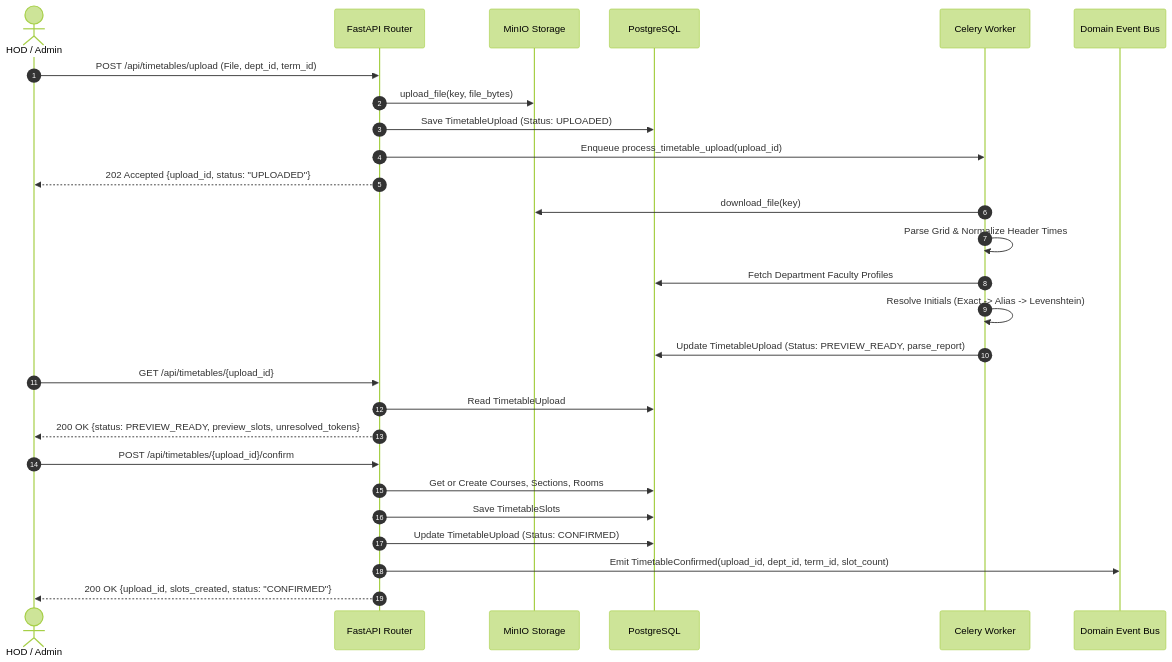
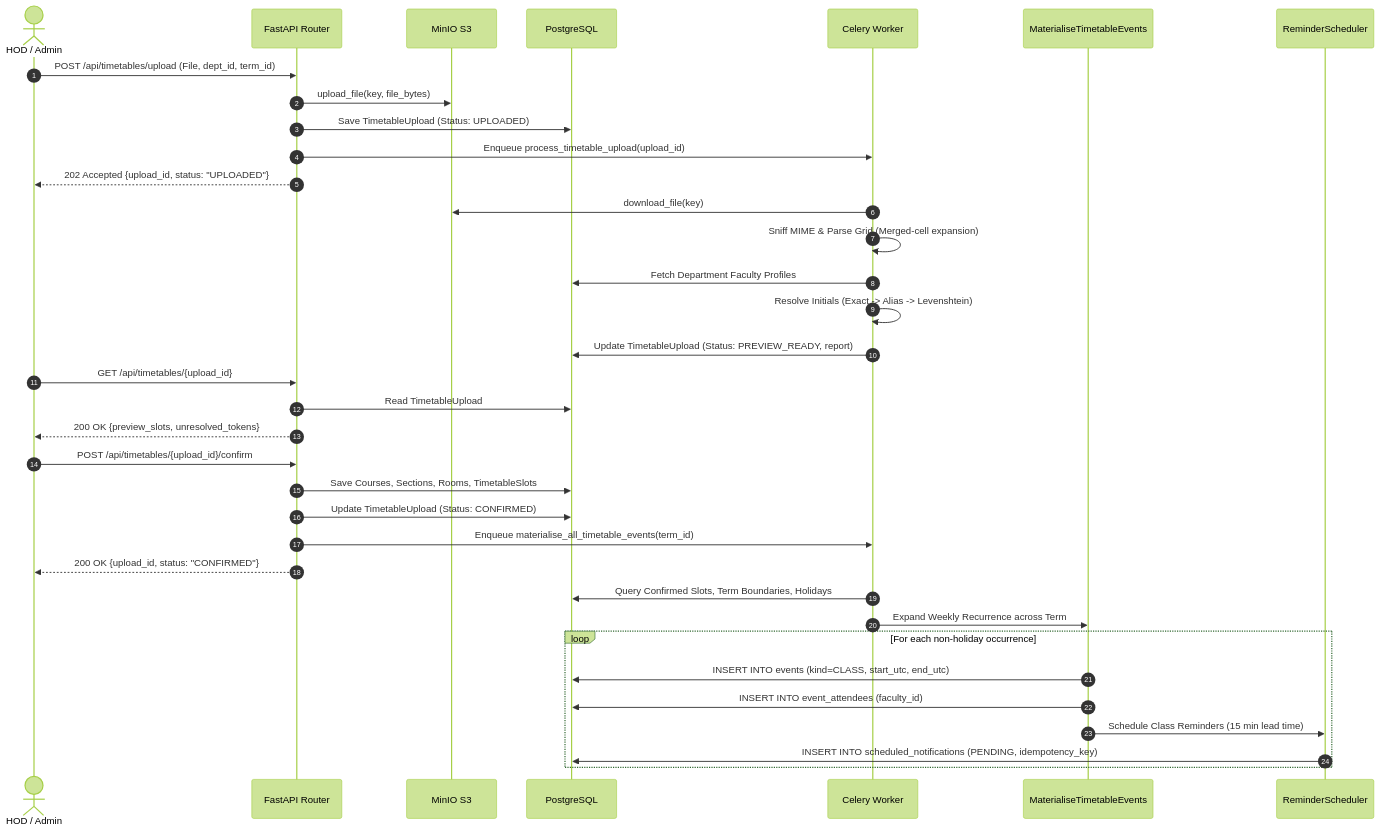
Before and after one commit to Quantum-Blade1/facultydesk: the fourth of 12 diagrams in docs/PROJECT.md, drawn with Mermaid (forest theme). The commit also changed other lines of this file and 31 other files, not shown here.

````diff
--- a/docs/PROJECT.md
+++ b/docs/PROJECT.md
@@ -435,33 +357,42 @@
 ```mermaid
 sequenceDiagram
     autonumber
     actor HOD as HOD / Admin
     participant API as FastAPI Router
-    participant MinIO as MinIO Storage
+    participant MinIO as MinIO S3
     participant DB as PostgreSQL
     participant Worker as Celery Worker
-    participant Event as Domain Event Bus
+    participant EventUC as MaterialiseTimetableEvents
+    participant Sched as ReminderScheduler
 
     HOD->>API: POST /api/timetables/upload (File, dept_id, term_id)
     API->>MinIO: upload_file(key, file_bytes)
     API->>DB: Save TimetableUpload (Status: UPLOADED)
     API->>Worker: Enqueue process_timetable_upload(upload_id)
     API-->>HOD: 202 Accepted {upload_id, status: "UPLOADED"}
 
     Worker->>MinIO: download_file(key)
-    Worker->>Worker: Parse Grid & Normalize Header Times
+    Worker->>Worker: Sniff MIME & Parse Grid (Merged-cell expansion)
     Worker->>DB: Fetch Department Faculty Profiles
     Worker->>Worker: Resolve Initials (Exact -> Alias -> Levenshtein)
-    Worker->>DB: Update TimetableUpload (Status: PREVIEW_READY, parse_report)
+    Worker->>DB: Update TimetableUpload (Status: PREVIEW_READY, report)
 
     HOD->>API: GET /api/timetables/{upload_id}
     API->>DB: Read TimetableUpload
-    API-->>HOD: 200 OK {status: PREVIEW_READY, preview_slots, unresolved_tokens}
+    API-->>HOD: 200 OK {preview_slots, unresolved_tokens}
 
     HOD->>API: POST /api/timetables/{upload_id}/confirm
-    API->>DB: Get or Create Courses, Sections, Rooms
-    API->>DB: Save TimetableSlots
+    API->>DB: Save Courses, Sections, Rooms, TimetableSlots
     API->>DB: Update TimetableUpload (Status: CONFIRMED)
-    API->>Event: Emit TimetableConfirmed(upload_id, dept_id, term_id, slot_count)
-    API-->>HOD: 200 OK {upload_id, slots_created, status: "CONFIRMED"}
+    API->>Worker: Enqueue materialise_all_timetable_events(term_id)
+    API-->>HOD: 200 OK {upload_id, status: "CONFIRMED"}
+
+    Worker->>DB: Query Confirmed Slots, Term Boundaries, Holidays
+    Worker->>EventUC: Expand Weekly Recurrence across Term
+    loop For each non-holiday occurrence
+        EventUC->>DB: INSERT INTO events (kind=CLASS, start_utc, end_utc)
+        EventUC->>DB: INSERT INTO event_attendees (faculty_id)
+        EventUC->>Sched: Schedule Class Reminders (15 min lead time)
+        Sched->>DB: INSERT INTO scheduled_notifications (PENDING, idempotency_key)
+    end
 ```
````
